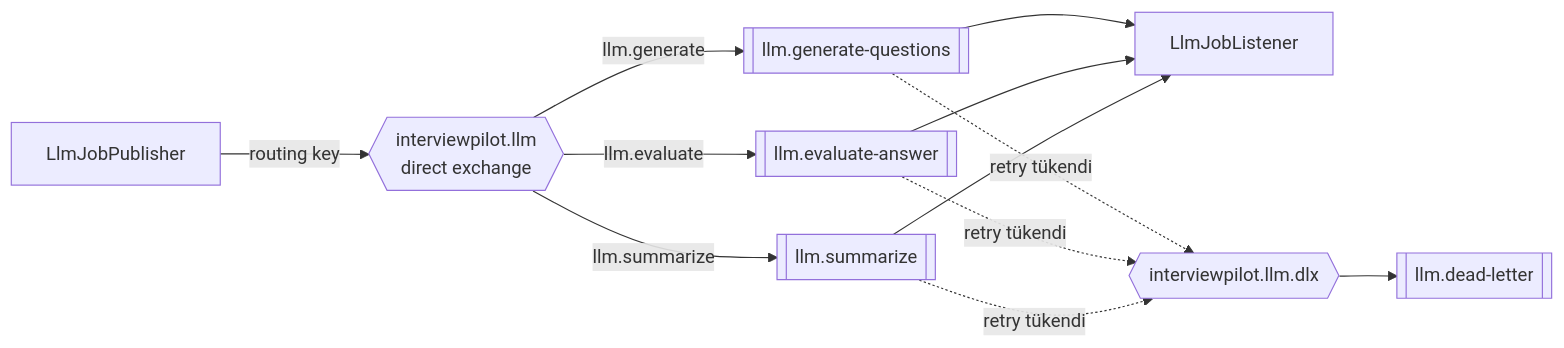
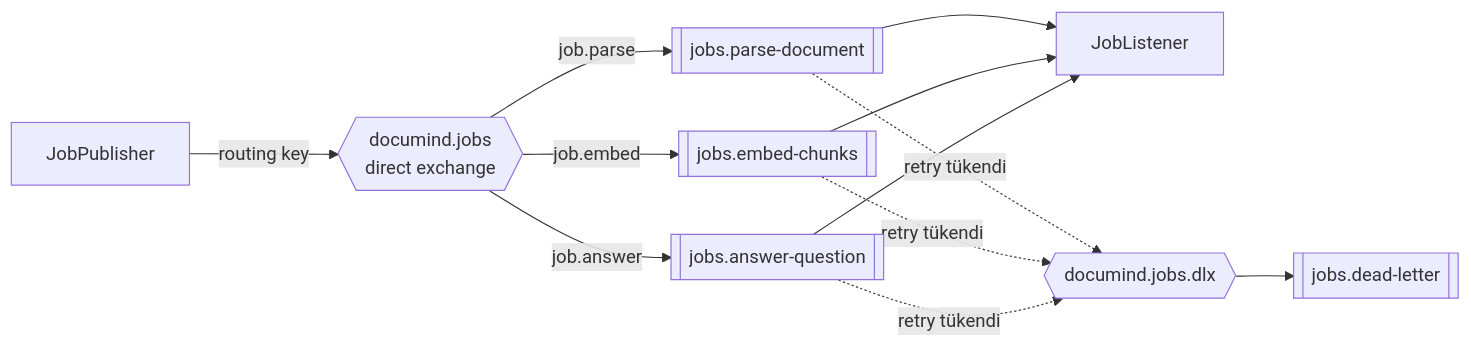
One commit to OzlemBalikci/DocuMind changed the second of 5 diagrams in docs/02-mimari.md. Above: the diagram before and after it, drawn with Mermaid. The commit also changed other lines of this file and 7 other files, not shown here.

````diff
--- a/docs/02-mimari.md
+++ b/docs/02-mimari.md
@@ -158,10 +155,10 @@
 ```mermaid
 flowchart LR
-    P[LlmJobPublisher] -->|routing key| X{{interviewpilot.llm<br/>direct exchange}}
-    X -->|llm.generate| Q1[[llm.generate-questions]]
-    X -->|llm.evaluate| Q2[[llm.evaluate-answer]]
-    X -->|llm.summarize| Q3[[llm.summarize]]
-    Q1 & Q2 & Q3 --> L[LlmJobListener]
-    Q1 & Q2 & Q3 -.->|retry tükendi| DX{{interviewpilot.llm.dlx}}
-    DX --> DQ[[llm.dead-letter]]
+    P[JobPublisher] -->|routing key| X{{documind.jobs<br/>direct exchange}}
+    X -->|job.parse| Q1[[jobs.parse-document]]
+    X -->|job.embed| Q2[[jobs.embed-chunks]]
+    X -->|job.answer| Q3[[jobs.answer-question]]
+    Q1 & Q2 & Q3 --> L[JobListener]
+    Q1 & Q2 & Q3 -.->|retry tükendi| DX{{documind.jobs.dlx}}
+    DX --> DQ[[jobs.dead-letter]]
 ```
````
